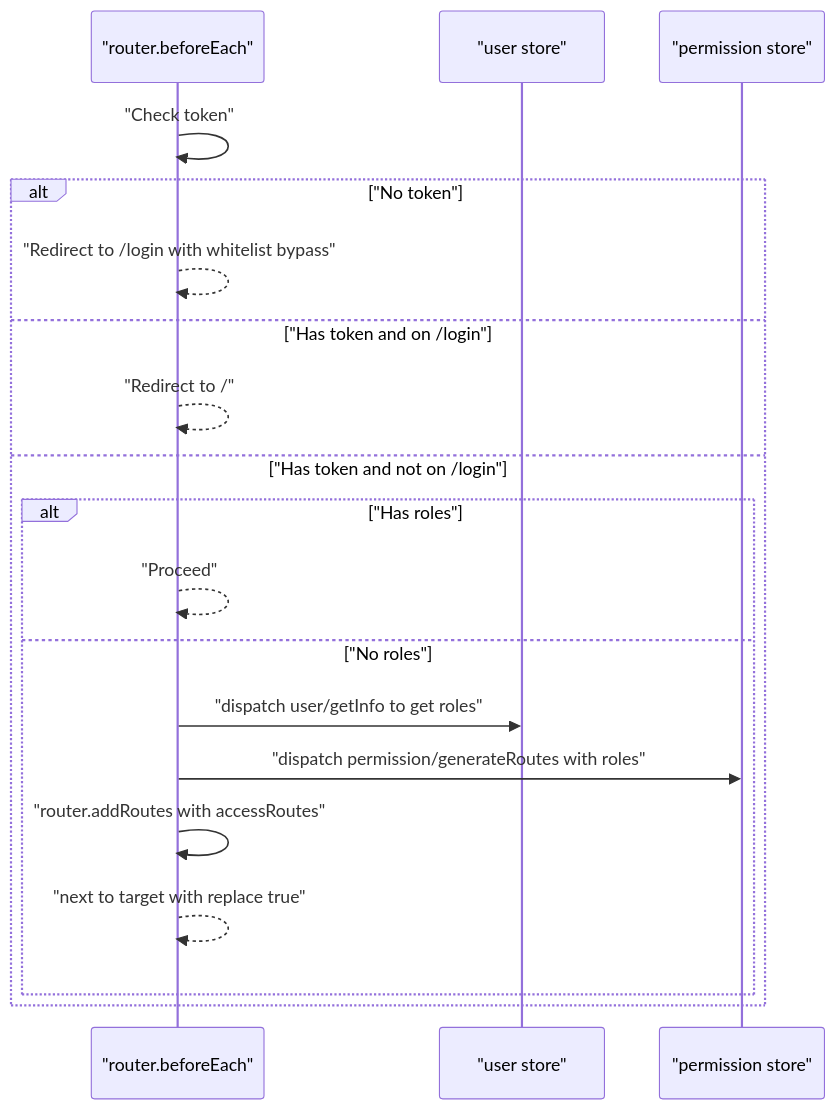
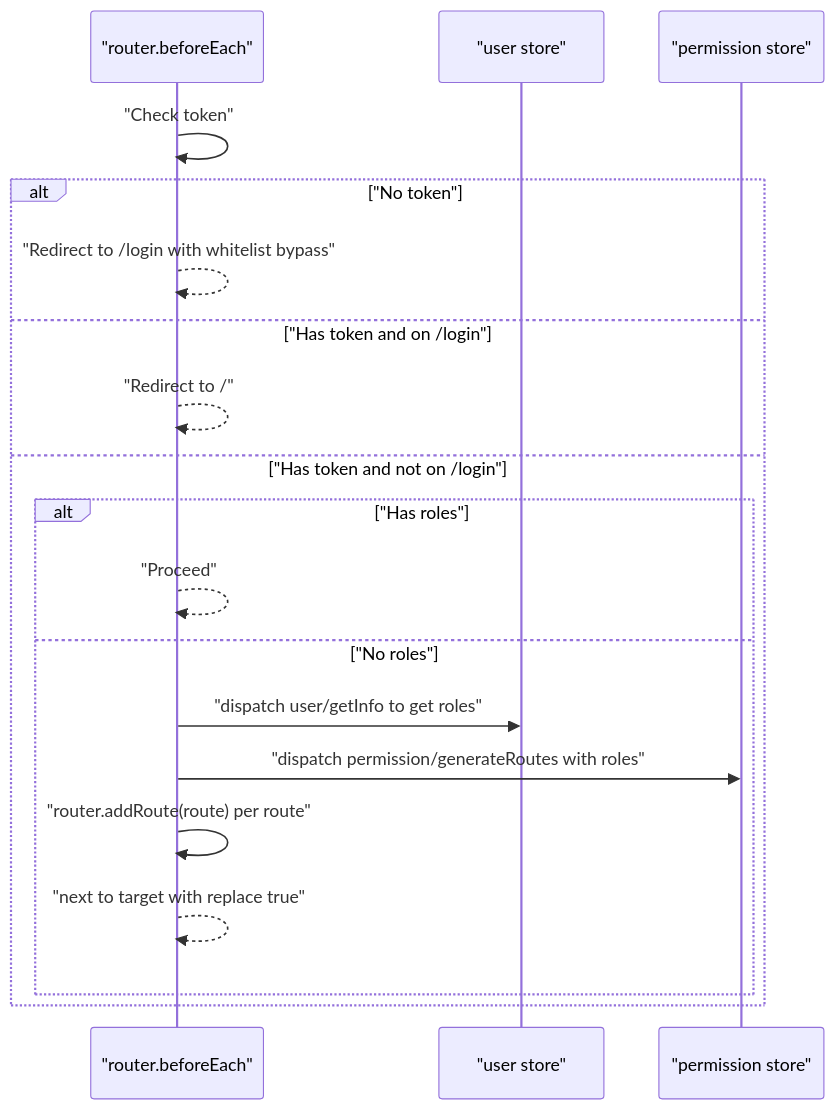
The third of 5 diagrams in docs/design/architecture.md (immane/crud-admin), drawn with Mermaid before and after one commit. The commit also changed other lines of this file and 4 other files, not shown here.

````diff
--- a/docs/design/architecture.md
+++ b/docs/design/architecture.md
@@ -90,21 +89,21 @@
 ```mermaid
 sequenceDiagram
     participant Guard as "router.beforeEach"
     participant UserStore as "user store"
     participant PermStore as "permission store"
     Guard->>Guard: "Check token"
     alt "No token"
         Guard-->>Guard: "Redirect to /login with whitelist bypass"
     else "Has token and on /login"
         Guard-->>Guard: "Redirect to /"
     else "Has token and not on /login"
         alt "Has roles"
             Guard-->>Guard: "Proceed"
         else "No roles"
             Guard->>UserStore: "dispatch user/getInfo to get roles"
             Guard->>PermStore: "dispatch permission/generateRoutes with roles"
-            Guard->>Guard: "router.addRoutes with accessRoutes"
+            Guard->>Guard: "router.addRoute(route) per route"
             Guard-->>Guard: "next to target with replace true"
         end
     end
 ```
````
